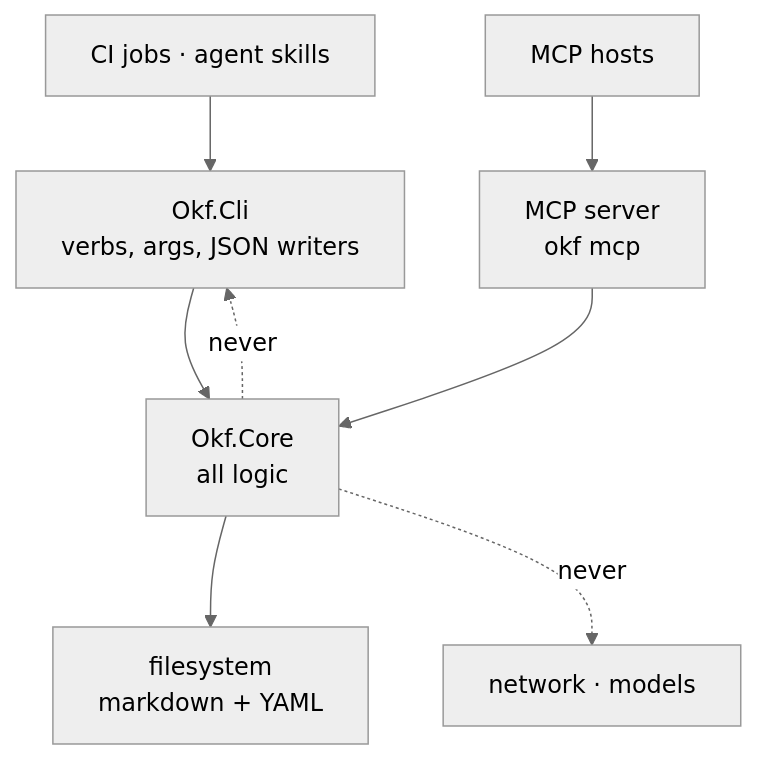
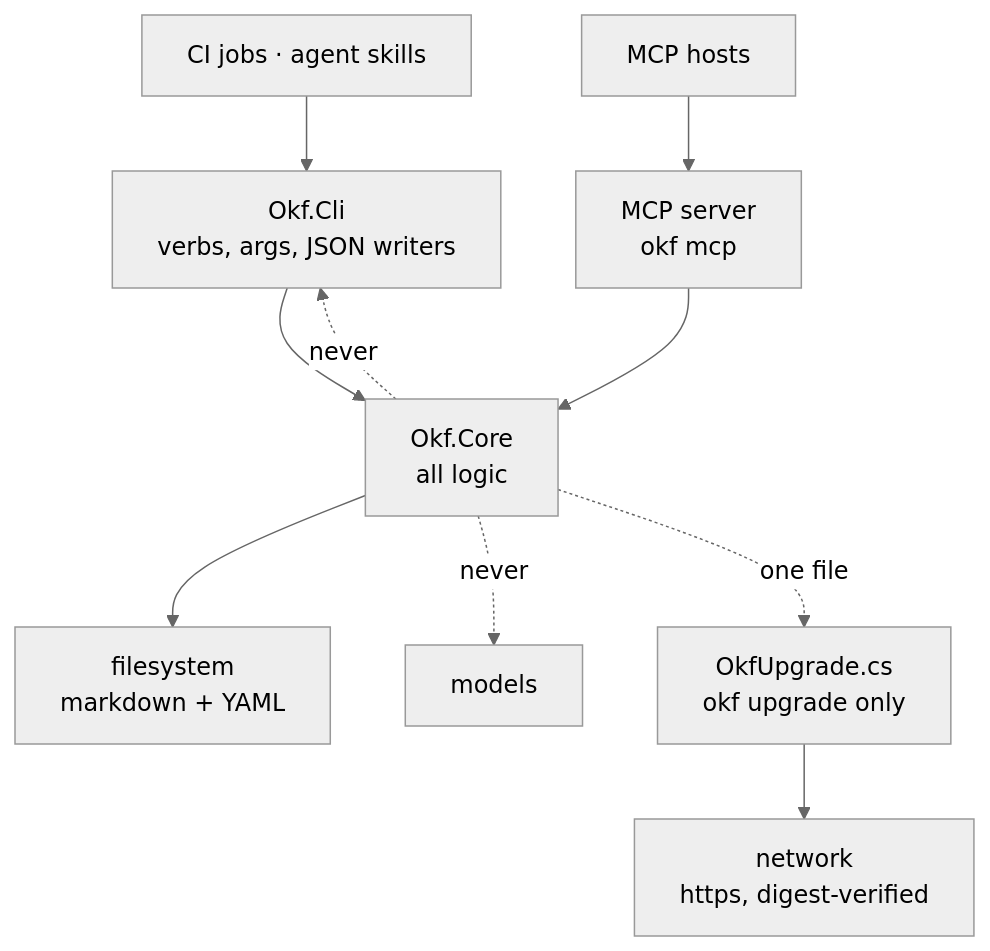
The first of 7 diagrams in docs/architecture.md (georgepharrison/okf-net), drawn with Mermaid (neutral theme) before and after one commit. The commit also changed other lines of this file and 10 other files, not shown here.

````diff
--- a/docs/architecture.md
+++ b/docs/architecture.md
@@ -119,10 +119,12 @@
 ```mermaid
 flowchart TB
     callers["CI jobs · agent skills"] --> cli
     hosts["MCP hosts"] --> mcp
     cli["Okf.Cli<br/>verbs, args, JSON writers"] --> core
     mcp["MCP server<br/>okf mcp"] --> core
     core["Okf.Core<br/>all logic"] --> fs["filesystem<br/>markdown + YAML"]
     core -. never .-> cli
-    core -. never .-> net["network · models"]
+    core -. never .-> models["models"]
+    core -. one file .-> upgrade["OkfUpgrade.cs<br/>okf upgrade only"]
+    upgrade --> net["network<br/>https, digest-verified"]
 ```
````
